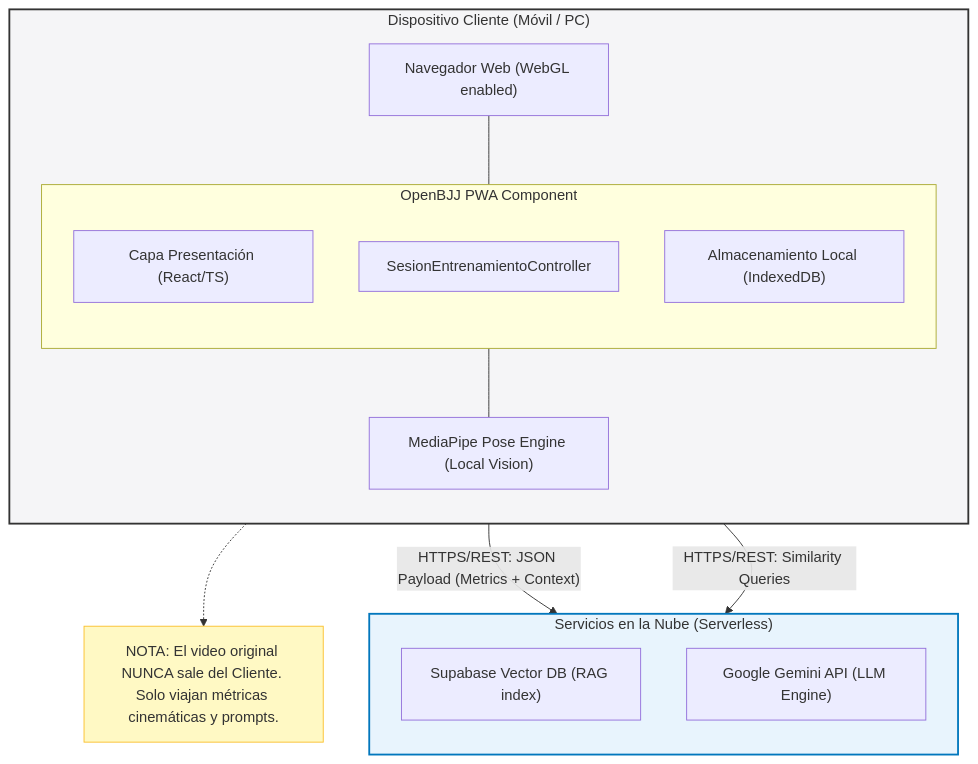
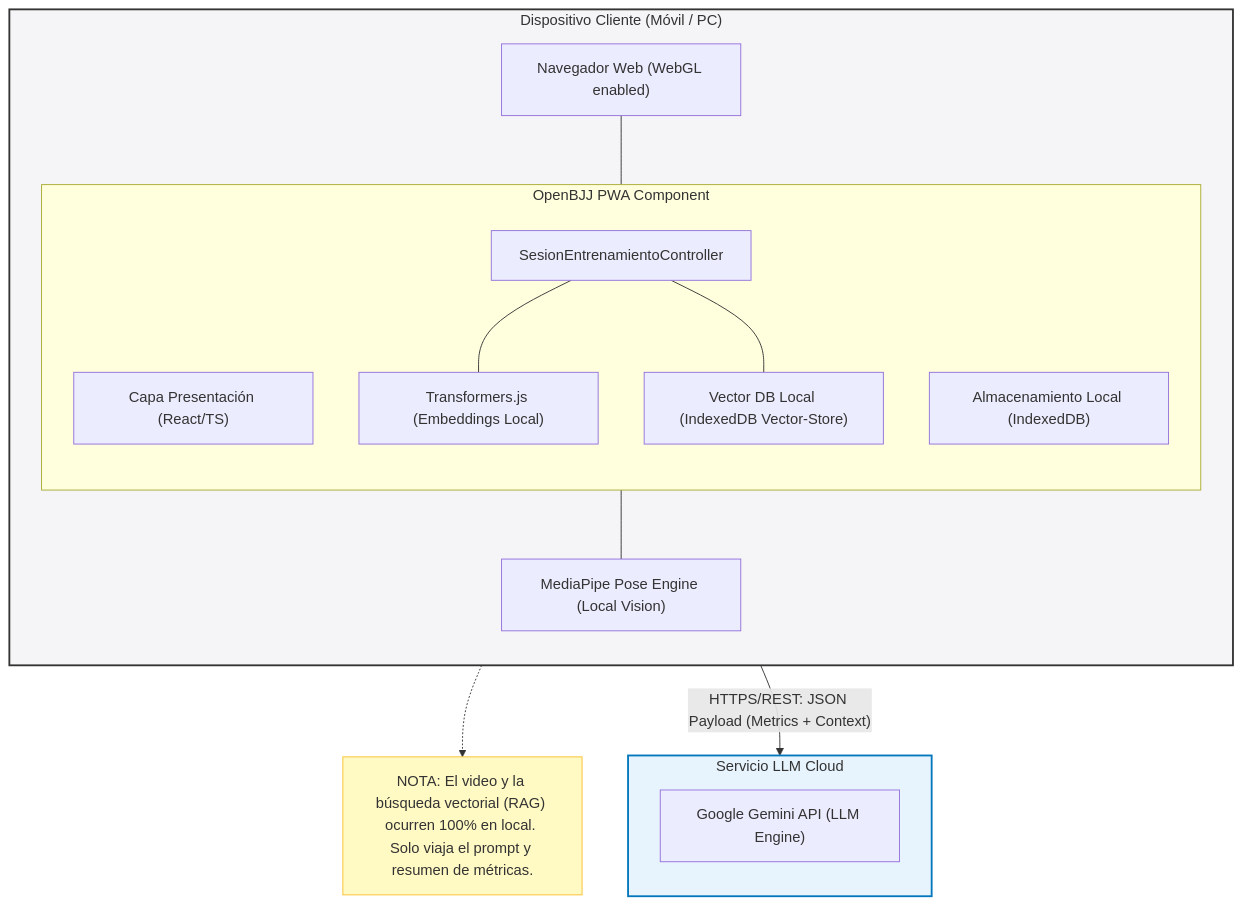
The sixth of 6 diagrams in README.md (Tsmrain/Documentacion), drawn with Mermaid before and after one commit. The commit also changed other lines of this file, not shown here.

Commit message:
refactor: migrate RAG pipeline to local client-side execution using Transformers.js and IndexedDB

````diff
--- a/README.md
+++ b/README.md
@@ -1039,34 +1044,36 @@
 ```mermaid
 graph TD
     subgraph Cliente ["Dispositivo Cliente (Móvil / PC)"]
         direction TB
         Browser["Navegador Web (WebGL enabled)"]
         subgraph PWA ["OpenBJJ PWA Component"]
             direction TB
             UI["Capa Presentación (React/TS)"]
             Ctrl["SesionEntrenamientoController"]
             IndexedDB["Almacenamiento Local (IndexedDB)"]
+            Transformers["Transformers.js (Embeddings Local)"]
+            VectorStore["Vector DB Local (IndexedDB Vector-Store)"]
         end
         MediaPipe["MediaPipe Pose Engine (Local Vision)"]
         
         Browser --- PWA
         Ctrl --- MediaPipe
+        Ctrl --- Transformers
+        Ctrl --- VectorStore
     end
 
-    subgraph ServidorCloud ["Servicios en la Nube (Serverless)"]
+    subgraph ServidorCloud ["Servicio LLM Cloud"]
         direction TB
-        Supabase["Supabase Vector DB (RAG index)"]
         Gemini["Google Gemini API (LLM Engine)"]
     end
 
     Ctrl -- "HTTPS/REST: JSON Payload (Metrics + Context)" --> Gemini
-    Ctrl -- "HTTPS/REST: Similarity Queries" --> Supabase
     
     %% Notes and constraints
     style Cliente fill:#f5f5f7,stroke:#333,stroke-width:2px;
     style ServidorCloud fill:#e8f4fd,stroke:#0277bd,stroke-width:2px;
     
     classDef note fill:#fff9c4,stroke:#fbc02d,stroke-width:1px;
-    Note["NOTA: El video original NUNCA sale del Cliente. Solo viajan métricas cinemáticas y prompts."]:::note
+    Note["NOTA: El video y la búsqueda vectorial (RAG) ocurren 100% en local. Solo viaja el prompt y resumen de métricas."]:::note
     Cliente -.-> Note
 ```
````
